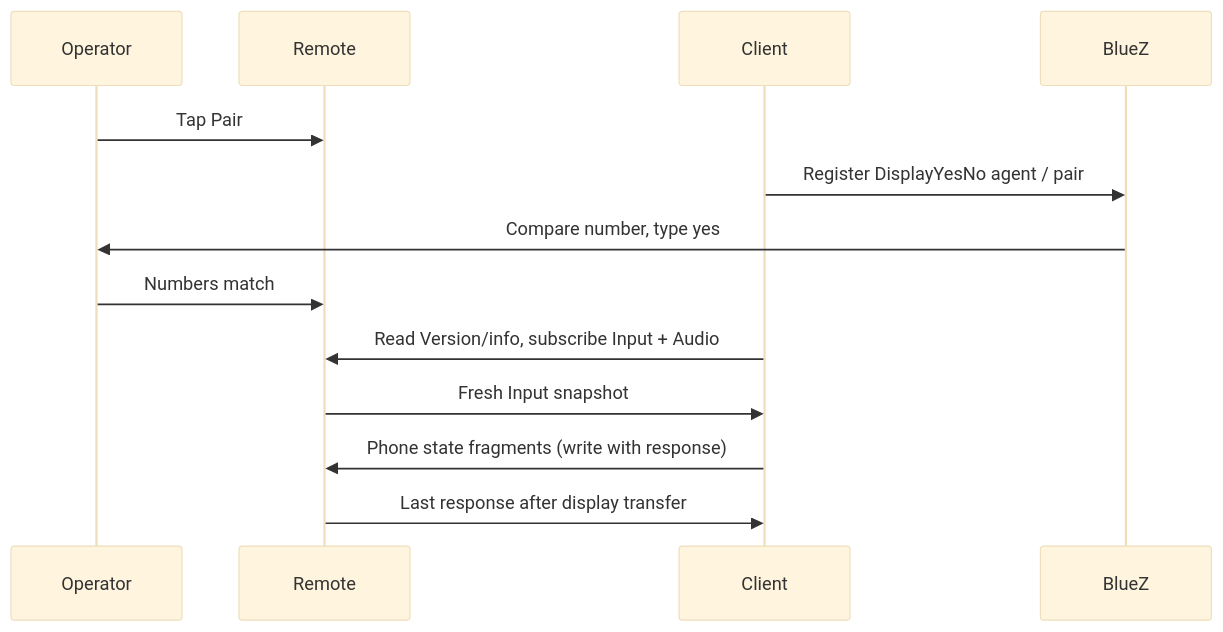
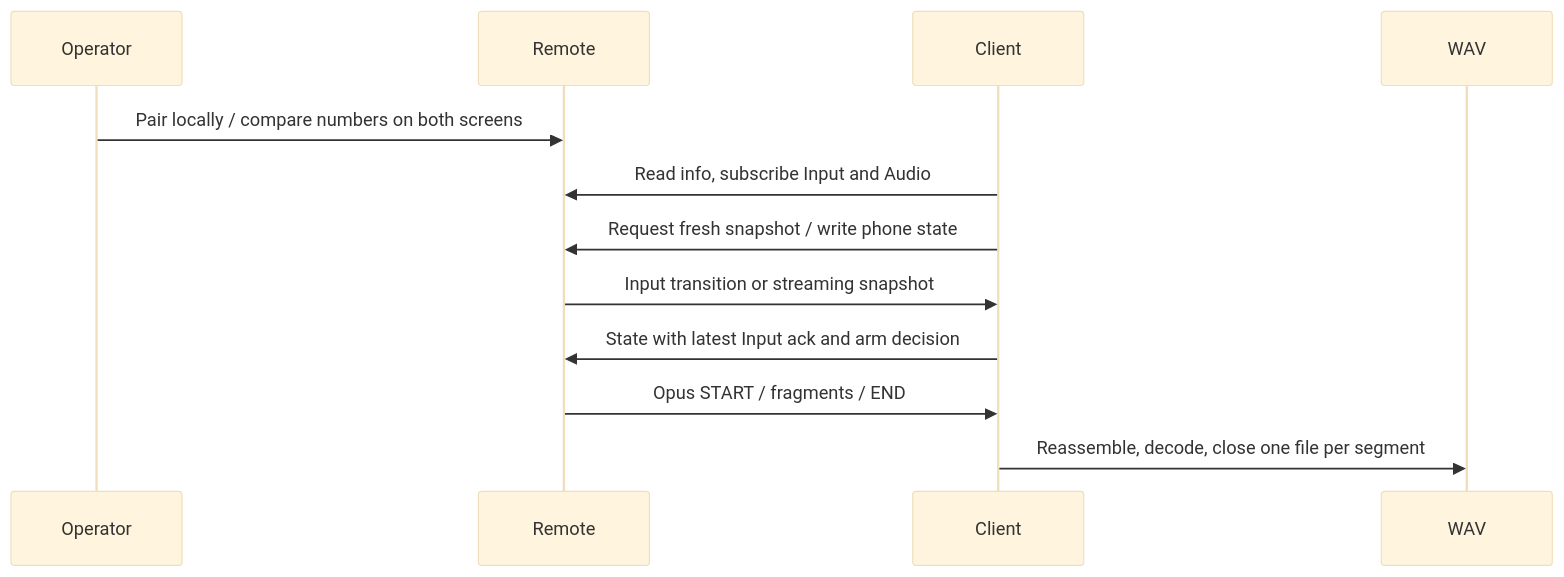
One commit to Harwasch/voiceremote changed the diagram in FW/tools/ble_client/README.md. Above: the diagram before and after it, drawn with Mermaid (base theme). The commit also changed other lines of this file and 47 other files, not shown here.

First line of the commit message:
FW: stream Opus mic audio over BLE and save it in the test client

````diff
--- a/FW/tools/ble_client/README.md
+++ b/FW/tools/ble_client/README.md
@@ -3,11 +3,10 @@
 ```mermaid
 sequenceDiagram
-    Operator->>Remote: Tap Pair
-    Client->>BlueZ: Register DisplayYesNo agent / pair
-    BlueZ->>Operator: Compare number, type yes
-    Operator->>Remote: Numbers match
-    Client->>Remote: Read Version/info, subscribe Input + Audio
-    Remote->>Client: Fresh Input snapshot
-    Client->>Remote: Phone state fragments (write with response)
-    Remote->>Client: Last response after display transfer
+    Operator->>Remote: Pair locally / compare numbers on both screens
+    Client->>Remote: Read info, subscribe Input and Audio
+    Client->>Remote: Request fresh snapshot / write phone state
+    Remote->>Client: Input transition or streaming snapshot
+    Client->>Remote: State with latest Input ack and arm decision
+    Remote->>Client: Opus START / fragments / END
+    Client->>WAV: Reassemble, decode, close one file per segment
 ```
````
